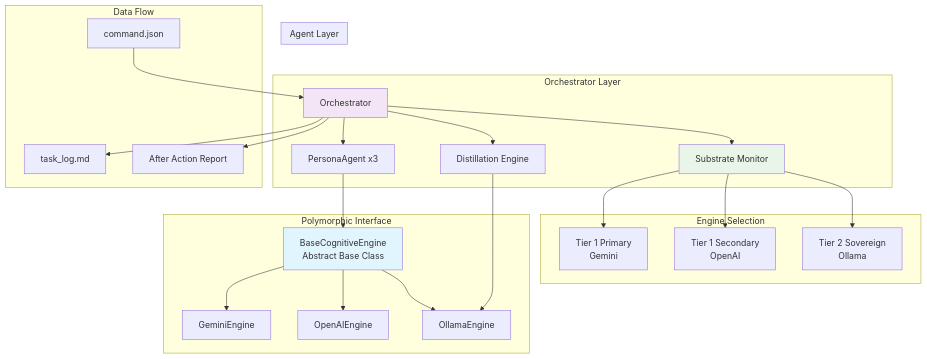
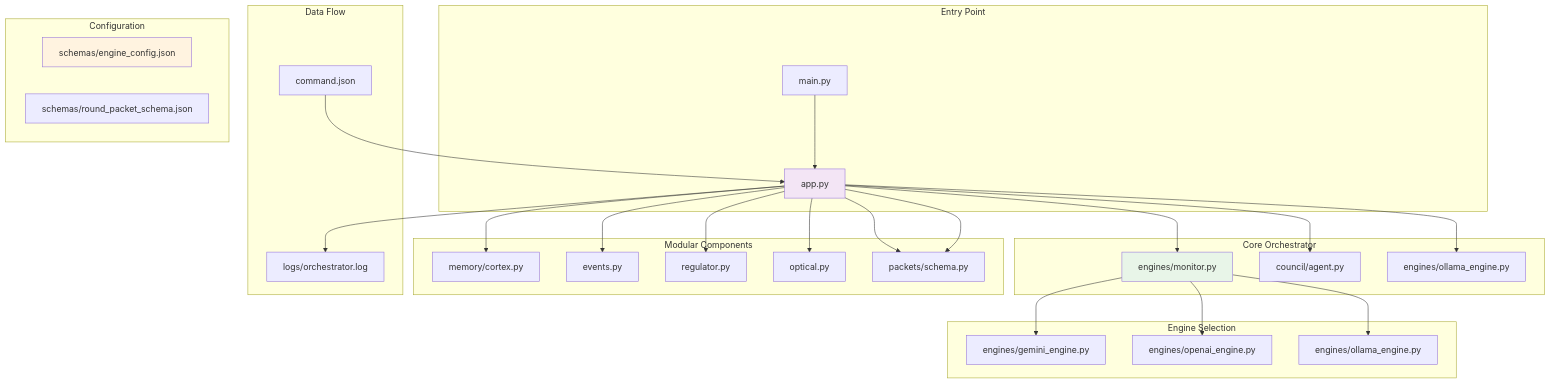
Before and after one commit to richfrem/Project_Sanctuary: the diagram in council_orchestrator/README.md, drawn with Mermaid. The commit also changed other lines of this file and 45 other files, not shown here.

Commit message:
Full modular orchestrator update publish v11

````diff
--- a/council_orchestrator/README.md
+++ b/council_orchestrator/README.md
@@ -6,36 +6,41 @@
 ```mermaid
 graph TB
-    subgraph "Orchestrator Layer"
-        O[Orchestrator] --> SM[Substrate Monitor]
-        O --> PA[PersonaAgent x3]
-        O --> DE[Distillation Engine]
+    subgraph "Entry Point"
+        M[main.py] --> A[app.py]
+    end
+
+    subgraph "Core Orchestrator"
+        A --> SM[engines/monitor.py]
+        A --> PA[council/agent.py]
+        A --> DE[engines/ollama_engine.py]
     end
 
     subgraph "Engine Selection"
-        SM --> T1P[Tier 1 Primary<br/>Gemini]
-        SM --> T1S[Tier 1 Secondary<br/>OpenAI]
-        SM --> T2S[Tier 2 Sovereign<br/>Ollama]
+        SM --> T1P[engines/gemini_engine.py]
+        SM --> T1S[engines/openai_engine.py]
+        SM --> T2S[engines/ollama_engine.py]
     end
 
-    subgraph "Polymorphic Interface"
-        BCE[BaseCognitiveEngine<br/>Abstract Base Class]
-        BCE --> GE[GeminiEngine]
-        BCE --> OE[OpenAIEngine]
-        BCE --> LE[OllamaEngine]
-    end
-
-    subgraph "Agent Layer"
-        PA --> BCE
-        DE --> LE
+    subgraph "Modular Components"
+        A --> MEM[memory/cortex.py]
+        A --> EVT[events.py]
+        A --> REG[regulator.py]
+        A --> OPT[optical.py]
+        A --> PKT[packets/schema.py]
     end
 
     subgraph "Data Flow"
-        CMD[command.json] --> O
-        O --> LOG[task_log.md]
-        O --> AAR[After Action Report]
+        CMD[command.json] --> A
+        A --> LOG[logs/orchestrator.log]
+        A --> PKT
     end
 
-    style BCE fill:#e1f5fe
-    style O fill:#f3e5f5
+    subgraph "Configuration"
+        CFG[schemas/engine_config.json]
+        SCH[schemas/round_packet_schema.json]
+    end
+
+    style A fill:#f3e5f5
     style SM fill:#e8f5e8
+    style CFG fill:#fff3e0
 ```
````
